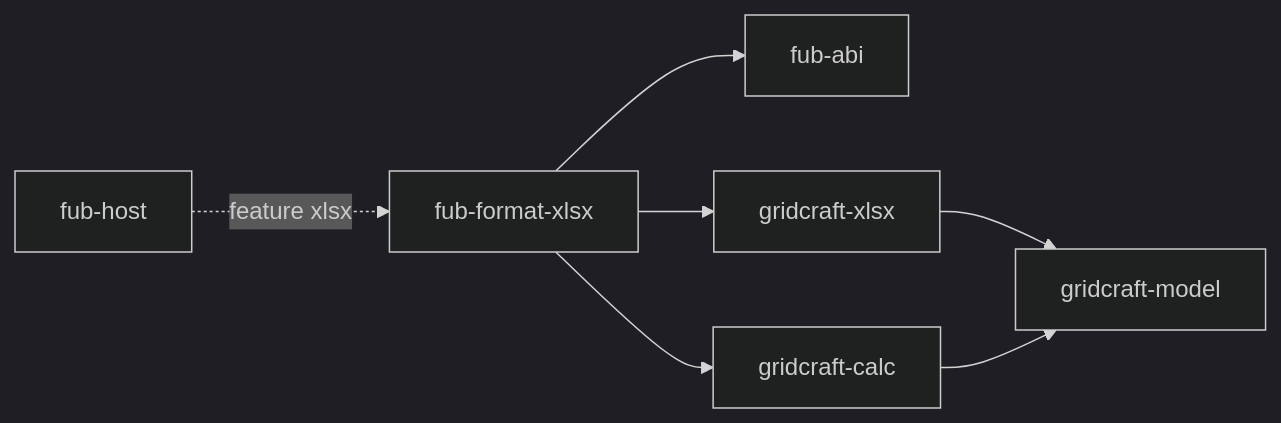
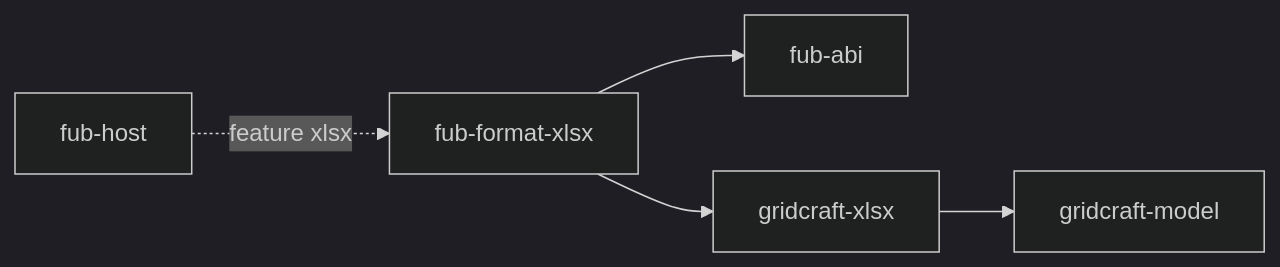
Before and after one commit to Fubeo/Fub: the third of 3 diagrams in docs/architecture/components-and-boundaries.md, drawn with Mermaid (dark theme). The commit also changed other lines of this file and 4 other files, not shown here.

````diff
--- a/docs/architecture/components-and-boundaries.md
+++ b/docs/architecture/components-and-boundaries.md
@@ -73,9 +73,7 @@
 ```mermaid
 flowchart LR
     HOST["fub-host"] -. "feature xlsx" .-> XLSX["fub-format-xlsx"]
     XLSX --> ABI["fub-abi"]
     XLSX --> GXLSX["gridcraft-xlsx"]
-    XLSX --> GCALC["gridcraft-calc"]
     GXLSX --> GMODEL["gridcraft-model"]
-    GCALC --> GMODEL
 ```
````
